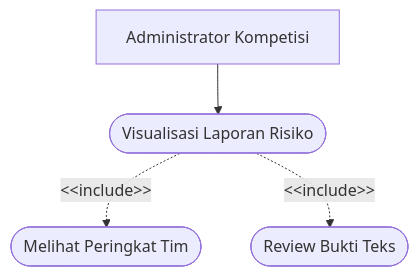
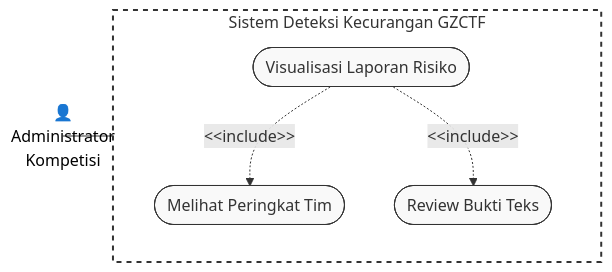
The fourth of 10 diagrams in index.qmd (dimasma0305/proposal-skripsi), drawn with Mermaid before and after one commit. The commit also changed other lines of this file and 1 other file, not shown here.

Commit message:
docs: Add detailed explanations for mathematical formulas and refine Mermaid diagram styling and structure.

````diff
--- a/index.qmd
+++ b/index.qmd
@@ -370,12 +453,25 @@
 ```{mermaid}
 %%| fig-cap: "Use Case Diagram Arsitektur Middleware"
-flowchart TD
-    Admin["Administrator Kompetisi"]
-    UC1(["Visualisasi Laporan Risiko"])
-    UC2(["Melihat Peringkat Tim"])
-    UC3(["Review Bukti Teks"])
+%%{init: {"theme": "default"}}%%
+flowchart LR
+    %% Actor
+    Admin(["👤<br/>Administrator<br/>Kompetisi"]):::actor
+
+    %% System Boundary
+    subgraph SystemBoundary ["Sistem Deteksi Kecurangan GZCTF"]
+        direction TB
+        UC1(["Visualisasi Laporan Risiko"])
+        UC2(["Melihat Peringkat Tim"])
+        UC3(["Review Bukti Teks"])
+    end
     
-    Admin --> UC1
+    %% Relationships
+    Admin --- UC1
     UC1 -.->|"&lt;&lt;include&gt;&gt;"| UC2
     UC1 -.->|"&lt;&lt;include&gt;&gt;"| UC3
+
+    %% Styling
+    classDef actor fill:none,stroke:none,color:#000
+    classDef default fill:#f9f9f9,stroke:#333,stroke-width:1px;
+    style SystemBoundary fill:none,stroke:#333,stroke-dasharray: 5 5,stroke-width:2px;
 ```
````
